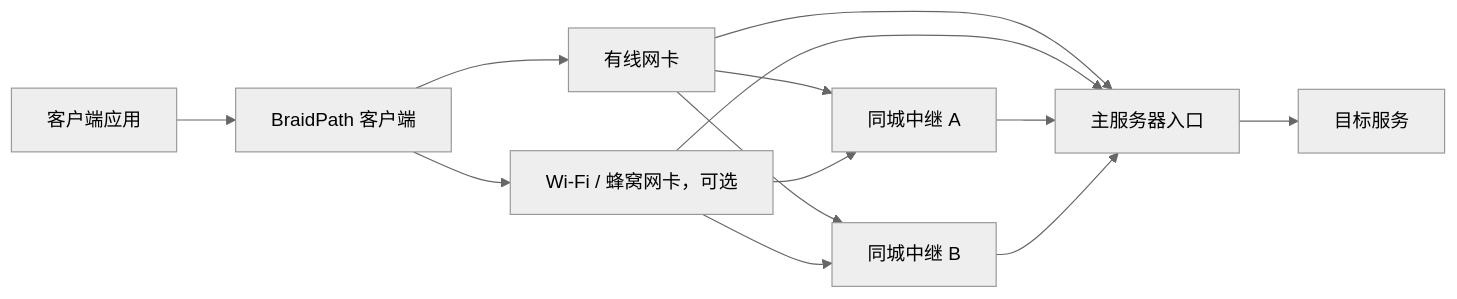
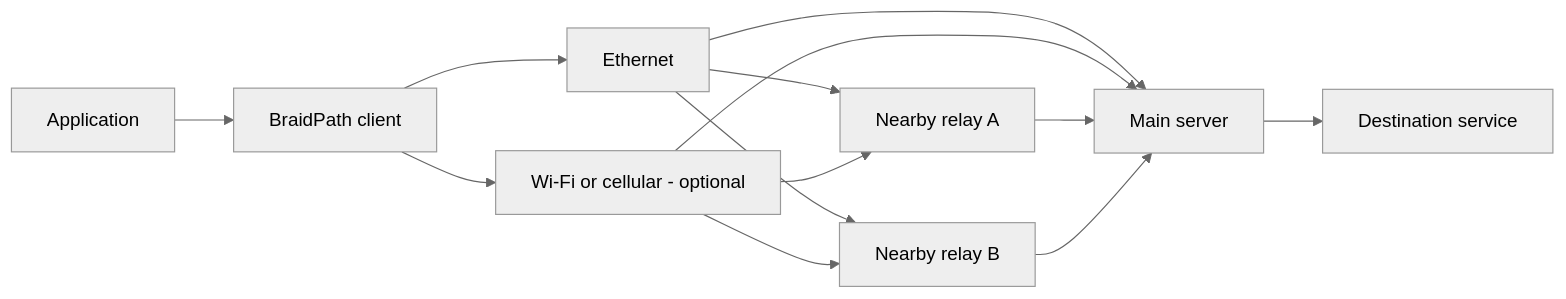
One commit to LiuTangLei/braidpath changed the diagram in README.md. Above: the diagram before and after it, drawn with Mermaid (neutral theme). The commit also changed other lines of this file and 6 other files, not shown here.

````diff
--- a/README.md
+++ b/README.md
@@ -20,15 +20,15 @@
 ```mermaid
 flowchart LR
-    App[客户端应用] --> C[BraidPath 客户端]
-    C --> E[有线网卡]
-    C --> W[Wi-Fi / 蜂窝网卡，可选]
-    E --> M[主服务器入口]
-    E --> R1[同城中继 A]
-    E --> R2[同城中继 B]
+    App[Application] --> C[BraidPath client]
+    C --> E[Ethernet]
+    C --> W[Wi-Fi or cellular - optional]
+    E --> M[Main server]
+    E --> R1[Nearby relay A]
+    E --> R2[Nearby relay B]
     W --> M
     W --> R1
     W --> R2
     R1 --> M
     R2 --> M
-    M --> S[目标服务]
+    M --> S[Destination service]
 ```
````
